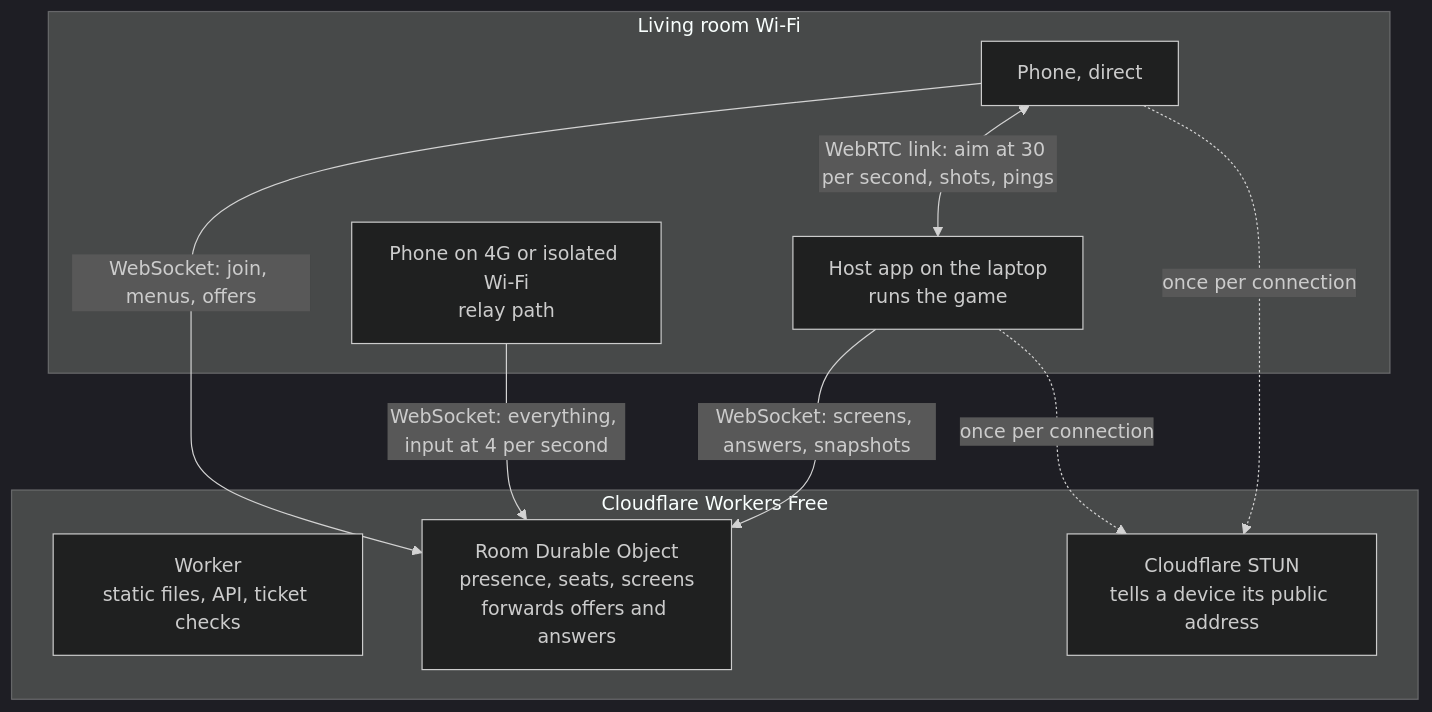
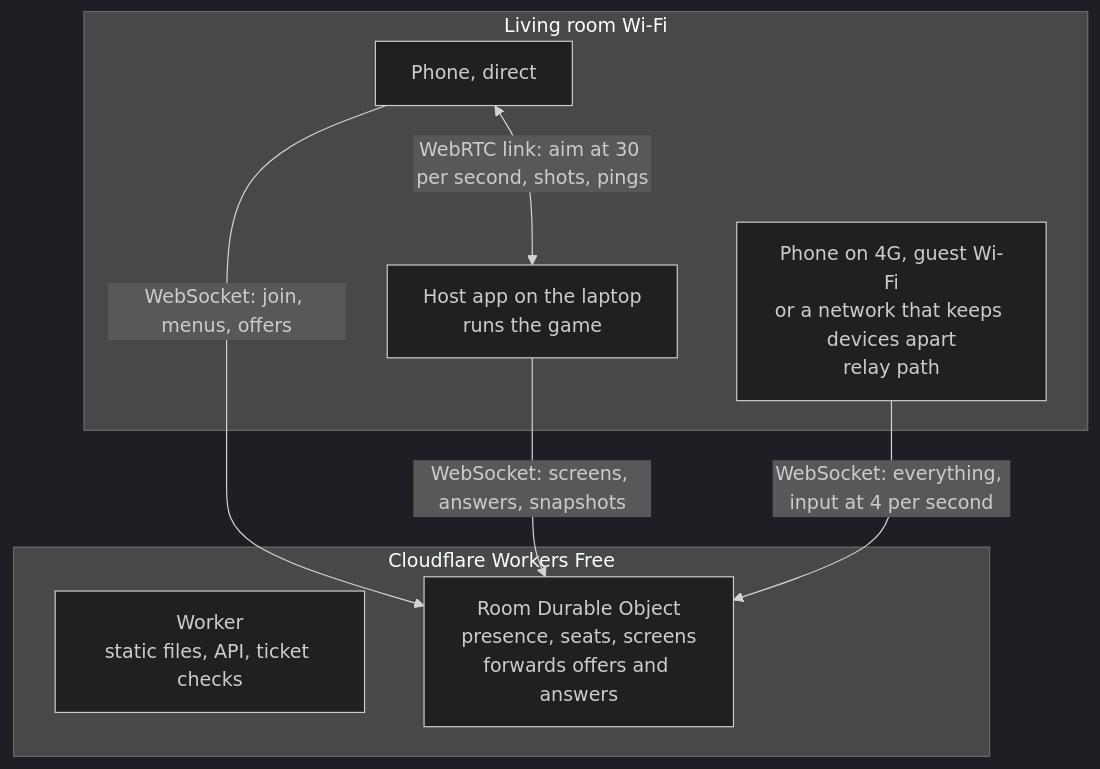
One commit to dipsaus9/Couchcade changed the first of 4 diagrams in docs/architecture/realtime-link.md. Above: the diagram before and after it, drawn with Mermaid (dark theme). The commit also changed other lines of this file, not shown here.

Commit message:
docs(architecture): record the owner answers and drop STUN from the link design (CC-3.12)

````diff
--- a/docs/architecture/realtime-link.md
+++ b/docs/architecture/realtime-link.md
@@ -178,19 +167,16 @@
 ```mermaid
 flowchart TB
   subgraph cf["Cloudflare Workers Free"]
     worker["Worker<br/>static files, API, ticket checks"]
     room["Room Durable Object<br/>presence, seats, screens<br/>forwards offers and answers"]
-    stun["Cloudflare STUN<br/>tells a device its public address"]
   end
   subgraph home["Living room Wi-Fi"]
     tv["Host app on the laptop<br/>runs the game"]
     p1["Phone, direct"]
-    p2["Phone on 4G or isolated Wi-Fi<br/>relay path"]
+    p2["Phone on 4G, guest Wi-Fi<br/>or a network that keeps devices apart<br/>relay path"]
   end
   p1 -->|"WebSocket: join, menus, offers"| room
   tv -->|"WebSocket: screens, answers, snapshots"| room
   p2 -->|"WebSocket: everything, input at 4 per second"| room
   p1 <-->|"WebRTC link: aim at 30 per second, shots, pings"| tv
-  p1 -.->|"once per connection"| stun
-  tv -.->|"once per connection"| stun
 ```
````
